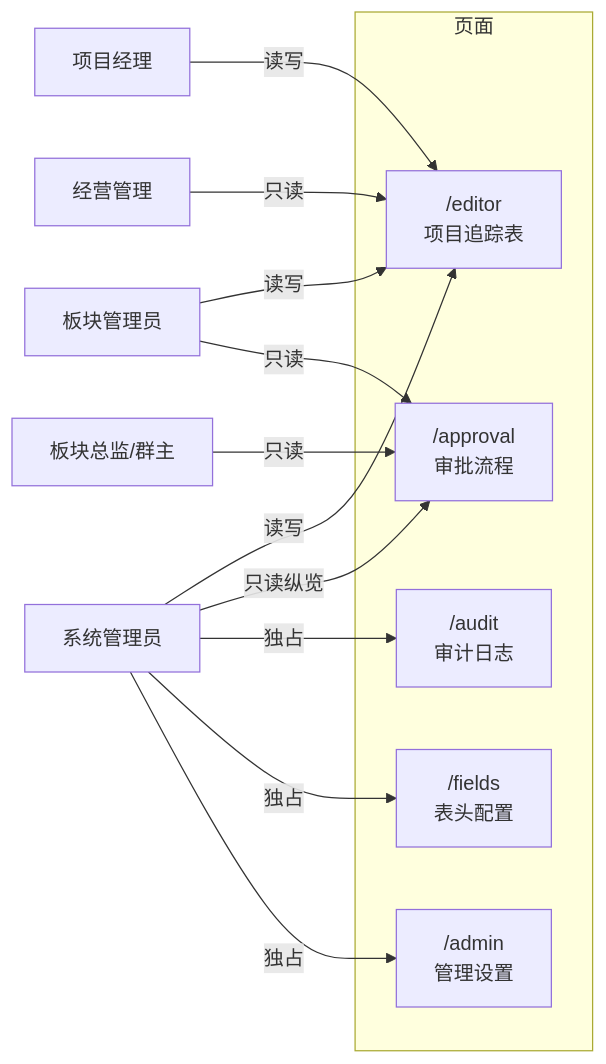
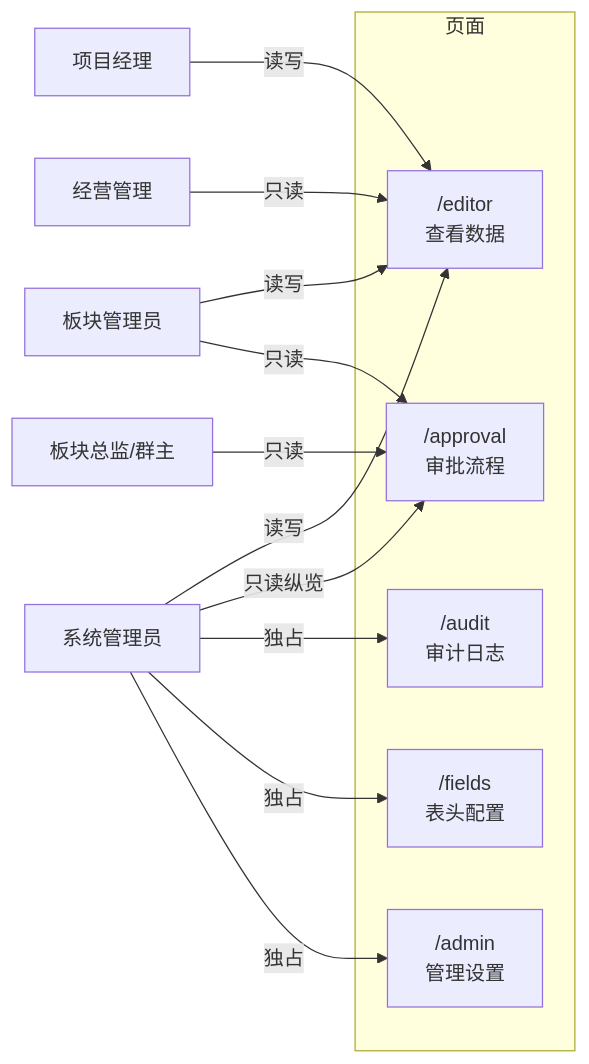
The third of 15 diagrams in docs/需求文档/需求文档_开发版.md (marcelxu0272/202605_project-tracking-table), drawn with Mermaid before and after one commit. The commit also changed other lines of this file and 54 other files, not shown here.

````diff
--- a/docs/需求文档/需求文档_开发版.md
+++ b/docs/需求文档/需求文档_开发版.md
@@ -281,21 +296,21 @@
 ```mermaid
 flowchart LR
     subgraph 页面
-        EDITOR["/editor<br/>项目追踪表"]
+        EDITOR["/editor<br/>查看数据"]
         APPROVAL["/approval<br/>审批流程"]
         AUDIT["/audit<br/>审计日志"]
         FIELDS["/fields<br/>表头配置"]
         ADMIN["/admin<br/>管理设置"]
     end
 
     PM["项目经理"] -->|读写| EDITOR
     SA["板块管理员"] -->|读写| EDITOR
     SA -->|只读| APPROVAL
     DR["板块总监/群主"] -->|只读| APPROVAL
     EV["经营管理"] -->|只读| EDITOR
     ADM["系统管理员"] -->|读写| EDITOR
     ADM -->|只读纵览| APPROVAL
     ADM -->|独占| AUDIT
     ADM -->|独占| FIELDS
     ADM -->|独占| ADMIN
 ```
````
